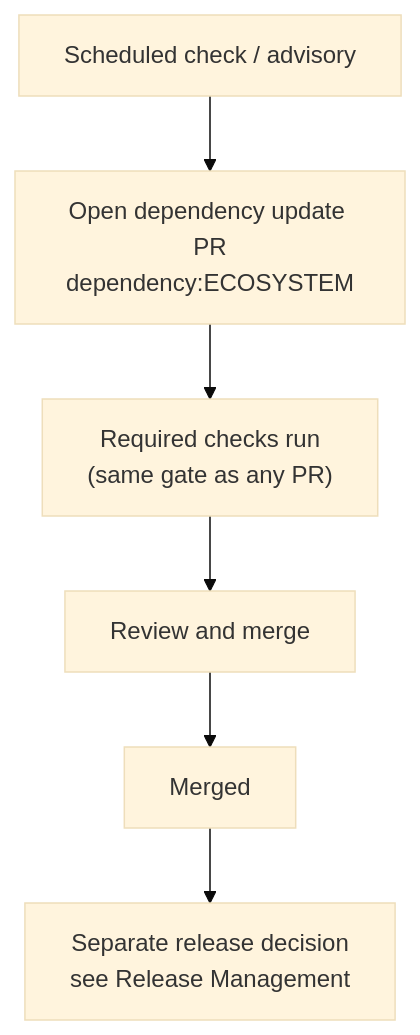
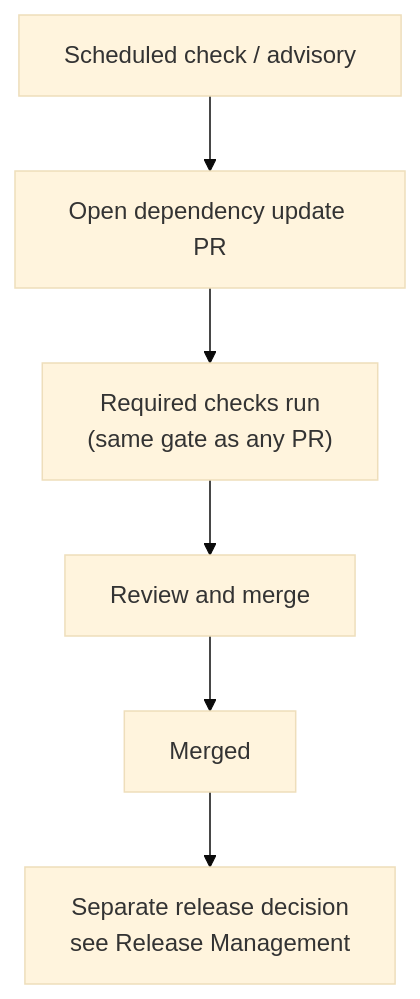
Before and after one commit to MSXOrg/docs: the diagram in src/docs/Capabilities/dependency-updates/design.md, drawn with Mermaid (base theme). The commit also changed other lines of this file and 9 other files, not shown here.

````diff
--- a/src/docs/Capabilities/dependency-updates/design.md
+++ b/src/docs/Capabilities/dependency-updates/design.md
@@ -77,8 +77,8 @@
 ```mermaid
 flowchart TD
-  check["Scheduled check / advisory"] --> pr["Open dependency update PR<br/>dependency:ECOSYSTEM"]
+  check["Scheduled check / advisory"] --> pr["Open dependency update PR"]
   pr --> ci["Required checks run<br/>(same gate as any PR)"]
   ci --> review["Review and merge"]
   review --> merged["Merged"]
   merged --> release["Separate release decision<br/>see Release Management"]
 ```
````
